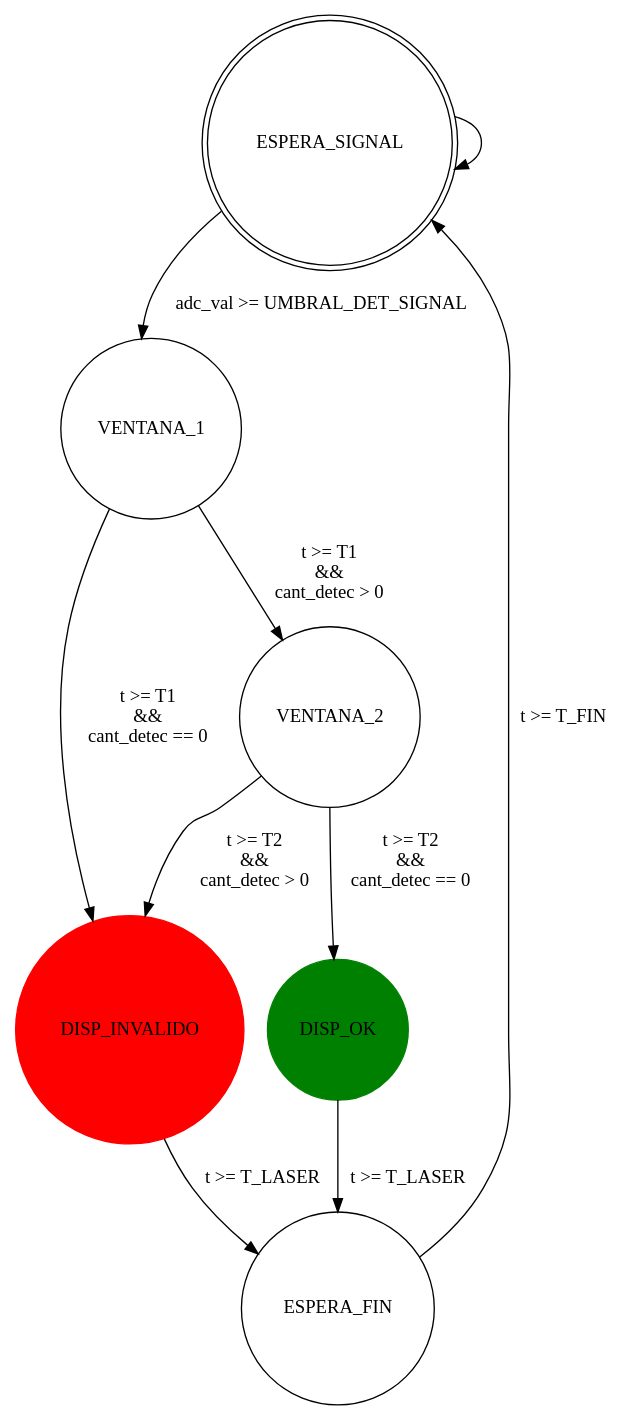
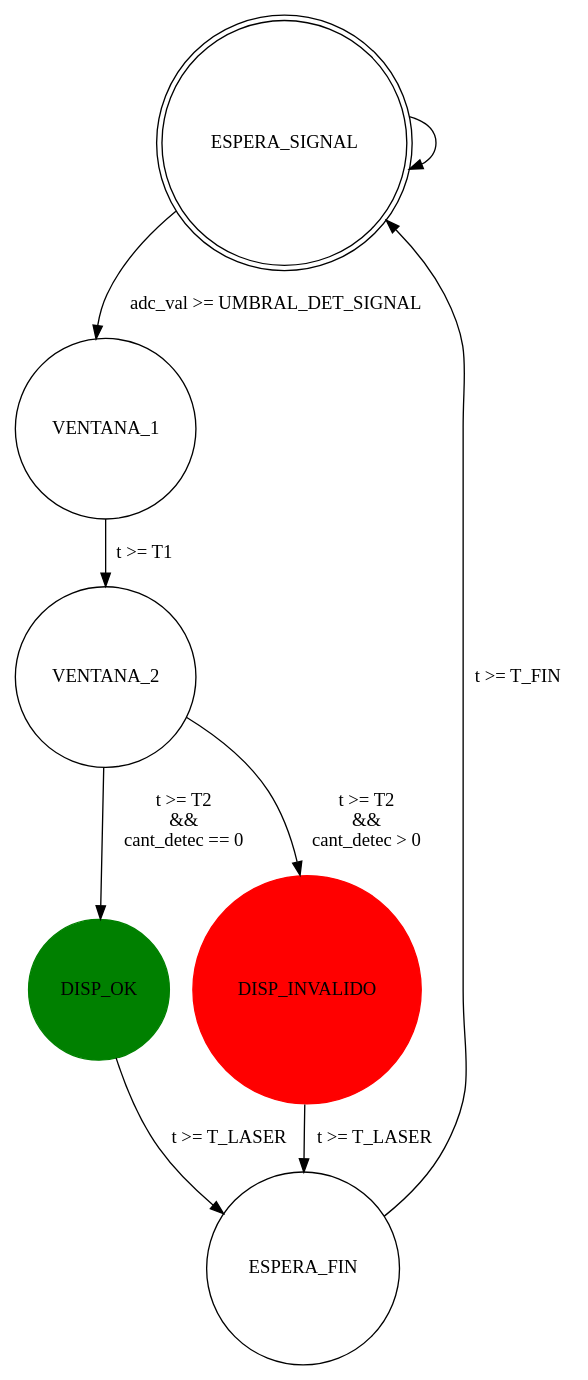
One commit to harboleas/deteccion_disparo changed the diagram in fsm.dot. Above: the diagram before and after it, drawn with Graphviz. The commit also changed 1 other file, not shown here.

```diff
--- a/fsm.dot
+++ b/fsm.dot
@@ -1,17 +1,16 @@
 digraph FSM
 {
     ESPERA_SIGNAL [shape = doublecircle];
     node [ shape = circle ];
     DISP_OK [ color = green style=filled ];
     DISP_INVALIDO [ color = red style=filled ];
     ESPERA_SIGNAL -> ESPERA_SIGNAL;
     ESPERA_SIGNAL -> VENTANA_1  [ label = "adc_val >= UMBRAL_DET_SIGNAL" ];
-    VENTANA_1 -> VENTANA_2 [ label = "t >= T1\n&&\ncant_detec > 0" ];
-    VENTANA_1 -> DISP_INVALIDO [ label = "t >= T1\n&&\ncant_detec == 0" ];
+    VENTANA_1 -> VENTANA_2 [ label = "t >= T1" ];
     VENTANA_2 -> DISP_INVALIDO [ label = "t >= T2\n&&\ncant_detec > 0" ];
     VENTANA_2 -> DISP_OK [ label = "t >= T2\n&&\ncant_detec == 0" ];
     DISP_OK -> ESPERA_FIN [ label = "t >= T_LASER" ];
     DISP_INVALIDO -> ESPERA_FIN [ label = "t >= T_LASER" ];
     ESPERA_FIN -> ESPERA_SIGNAL [ label = "t >= T_FIN" ];
 
 }
```
